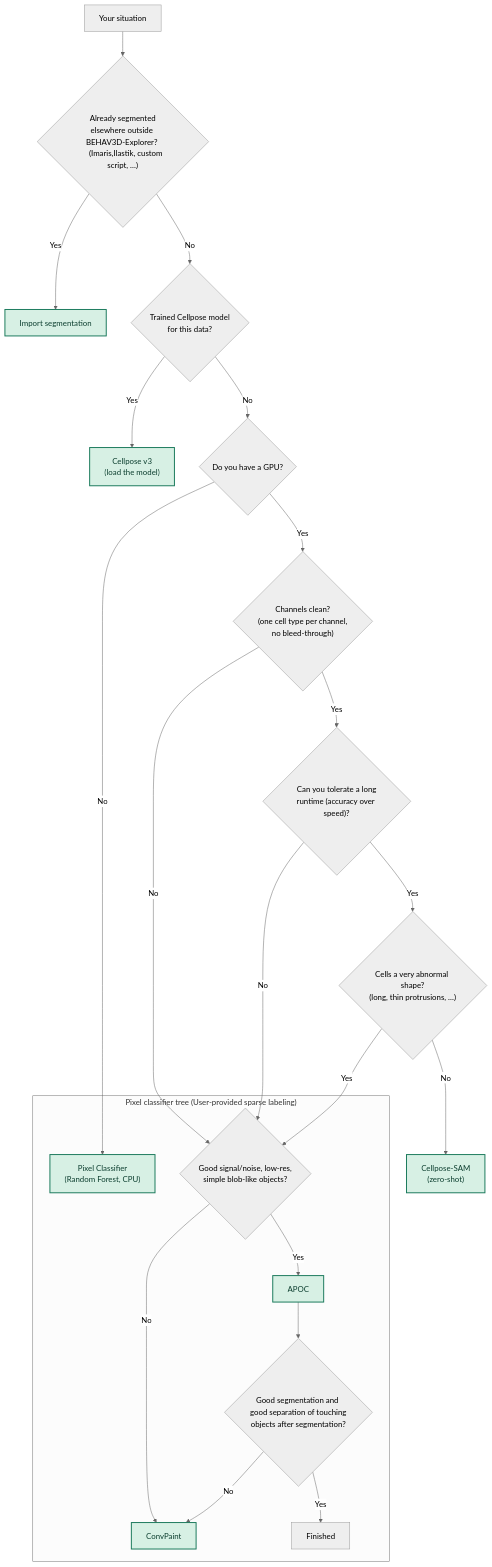
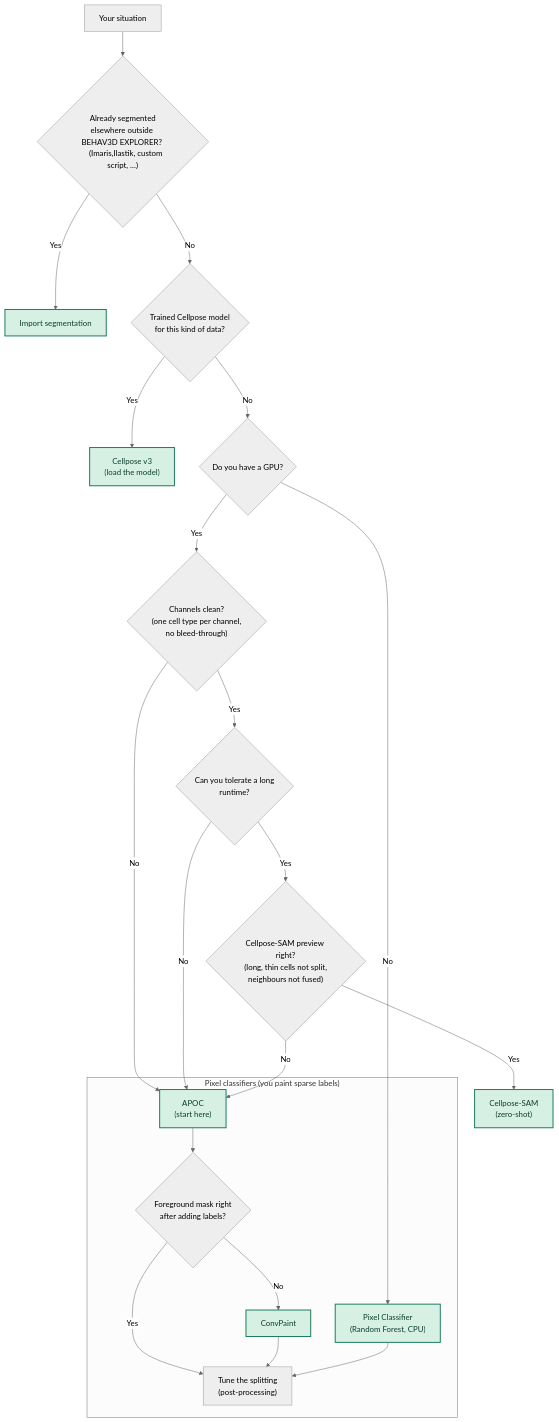
Before and after one commit to imAIgene-Dream3D/BEHAV3D-Explorer: the diagram in docs/source/processing/segmentation/index.md, drawn with Mermaid (neutral theme). The commit also changed other lines of this file and 54 other files, not shown here.

````diff
--- a/docs/source/processing/segmentation/index.md
+++ b/docs/source/processing/segmentation/index.md
@@ -41,35 +41,35 @@
 ```{mermaid}
 flowchart TD
-    A["Your situation"] --> Q1{"Already segmented<br/>elsewhere outside <br/>BEHAV3D-Explorer? 
+    A["Your situation"] --> Q1{"Already segmented<br/>elsewhere outside <br/>BEHAV3D EXPLORER? 
     (Imaris,Ilastik, custom script, …)"}
     Q1 -- "Yes" --> Import["Import segmentation"]
-    Q1 -- "No" --> Q2{"Trained Cellpose model<br/>for this data?"}
+    Q1 -- "No" --> Q2{"Trained Cellpose model<br/>for this kind of data?"}
 
     Q2 -- "Yes" --> Cellpose["Cellpose v3<br/>(load the model)"]
     Q2 -- "No" --> QG{"Do you have a GPU?"}
 
     QG -- "No" --> PCrf
     QG -- "Yes" --> Q3{"Channels clean?<br/>(one cell type per channel,<br/>no bleed-through)"}
 
-    Q3 -- "No" --> Q9
-    Q3 -- "Yes" --> Q5{"Can you tolerate a long<br/>runtime (accuracy over speed)?"}
+    Q3 -- "No" --> APOC
+    Q3 -- "Yes" --> Q5{"Can you tolerate a long<br/>runtime?"}
 
-    Q5 -- "No" --> Q9
-    Q5 -- "Yes" --> Q6{"Cells a very abnormal shape?<br/>(long, thin protrusions, …)"}
+    Q5 -- "No" --> APOC
+    Q5 -- "Yes" --> Q6{"Cellpose-SAM preview right?<br/>(long, thin cells not split,<br/>neighbours not fused)"}
 
-    Q6 -- "Yes" --> Q9
-    Q6 -- "No" --> SAM["Cellpose-SAM<br/>(zero-shot)"]
+    Q6 -- "Yes" --> SAM["Cellpose-SAM<br/>(zero-shot)"]
+    Q6 -- "No" --> APOC
 
-    subgraph PC ["Pixel classifier tree (User-provided sparse labeling)"]
+    subgraph PC ["Pixel classifiers (you paint sparse labels)"]
         PCrf["Pixel Classifier<br/>(Random Forest, CPU)"]
-        Q9{"Good signal/noise, low-res,<br/>simple blob-like objects?"}
-        Q9 -- "Yes" --> APOC["APOC"]
+        APOC["APOC<br/>(start here)"]
+        APOC --> Q9{"Foreground mask right<br/>after adding labels?"}
         Q9 -- "No" --> ConvPaint["ConvPaint"]
-        APOC --> Q10{"Good segmentation and good separation of touching<br/>objects after segmentation?"}
-        Q10 -- "Yes" --> Done["Finished"]
-        Q10 -- "No" --> ConvPaint
+        Q9 -- "Yes" --> Tune["Tune the splitting<br/>(post-processing)"]
+        ConvPaint --> Tune
+        PCrf --> Tune
     end
 
     classDef method fill:#d7f0e4,stroke:#1b7a5c,stroke-width:2px,color:#0b3d2e;
     class Import,Cellpose,SAM,PCrf,APOC,ConvPaint method;
 ```
````
